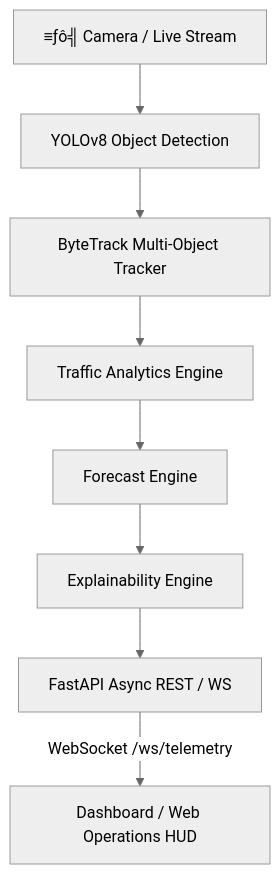
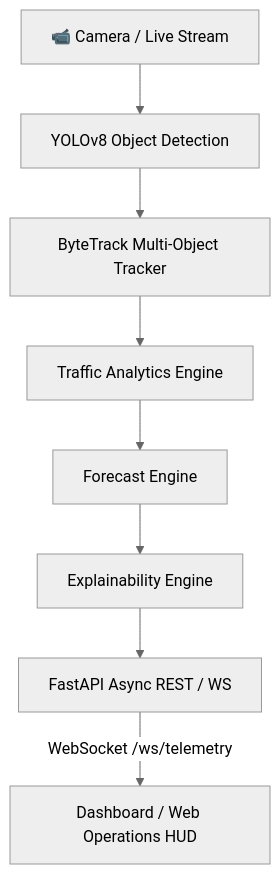
One commit to shambhushekharsinha-engg/AEGIS-Traffic changed the diagram in README.md. Above: the diagram before and after it, drawn with Mermaid (neutral theme). The commit also changed other lines of this file, not shown here.

````diff
--- a/README.md
+++ b/README.md
@@ -72,10 +172,10 @@
 ```mermaid
 graph TD
-    A[≡ƒô╣ Camera / Live Stream] --> B[YOLOv8 Object Detection]
+    A[📹 Camera / Live Stream] --> B[YOLOv8 Object Detection]
     B --> C[ByteTrack Multi-Object Tracker]
     C --> D[Traffic Analytics Engine]
     D --> E[Forecast Engine]
     E --> F[Explainability Engine]
     F --> G[FastAPI Async REST / WS]
     G -->|WebSocket /ws/telemetry| H[Dashboard / Web Operations HUD]
 ```
````
